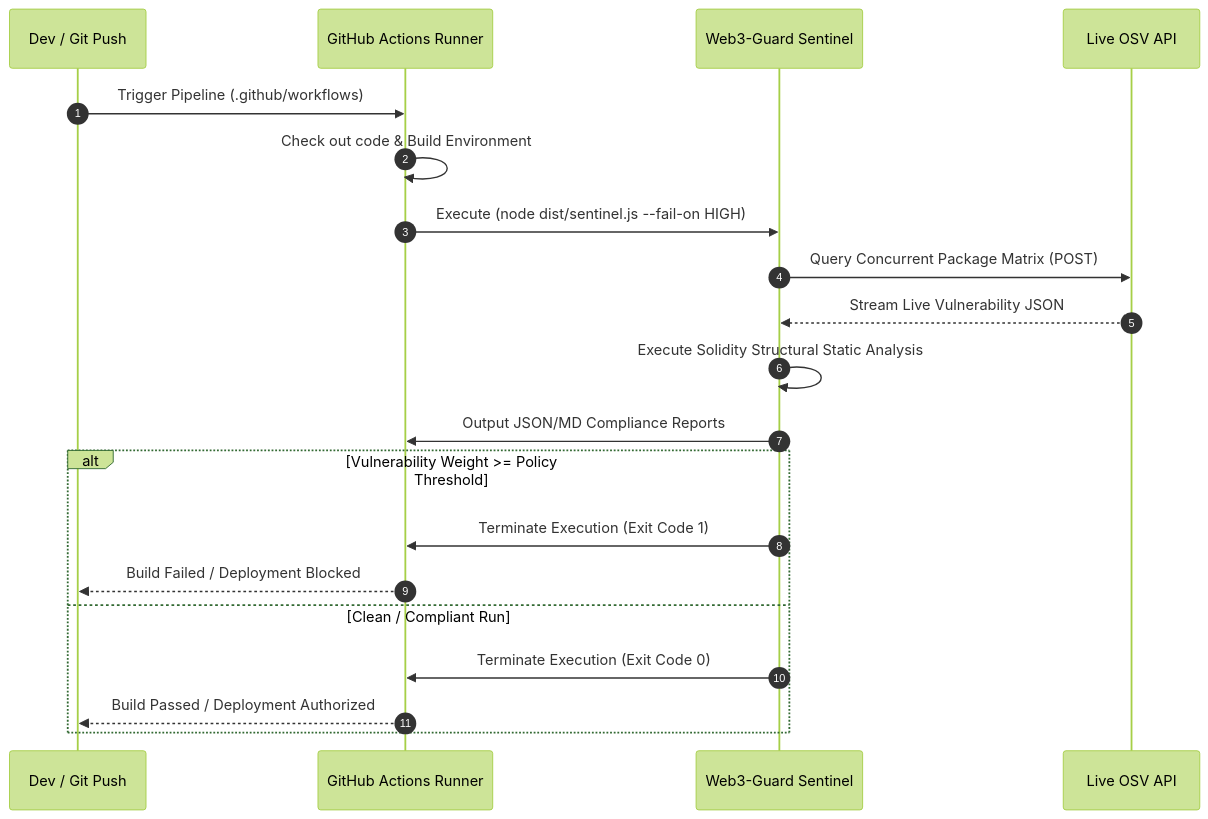
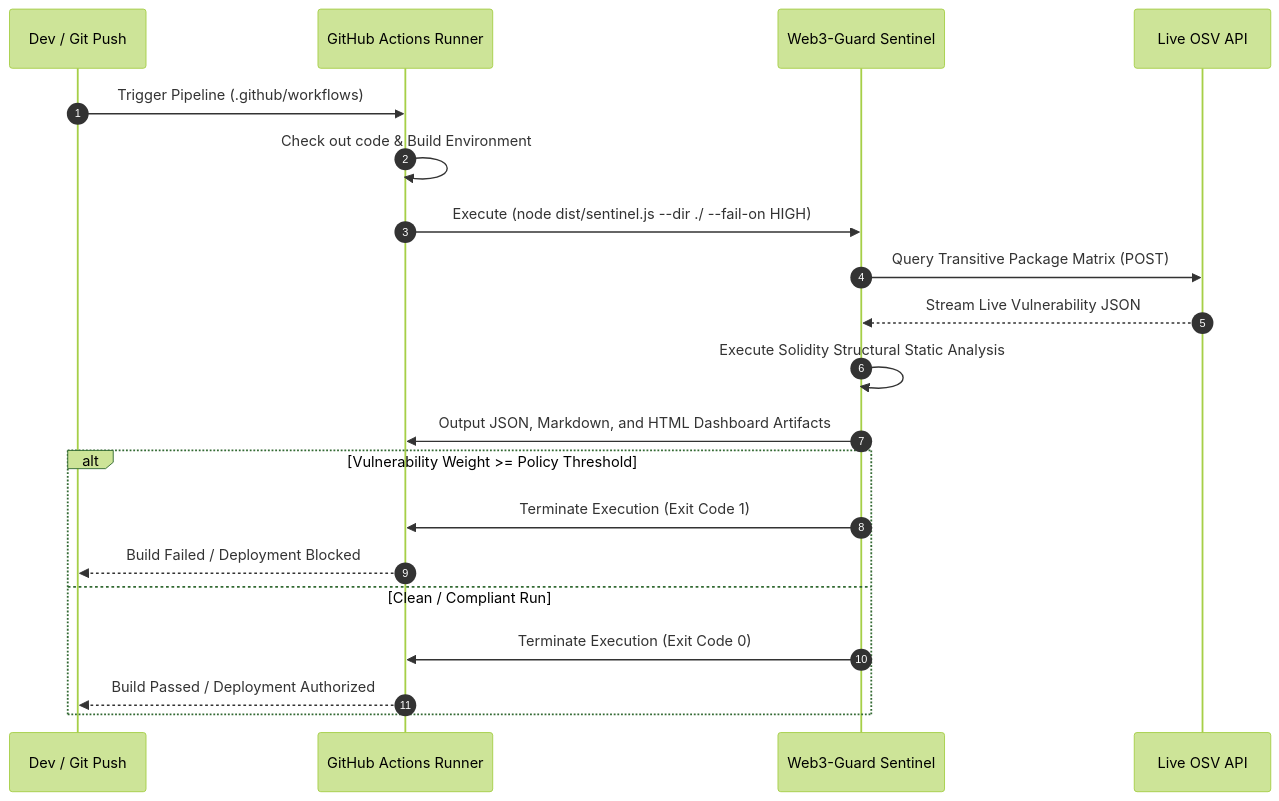
One commit to Kefmat/web3-guard-sentinel changed the second of 2 diagrams in README.md. Above: the diagram before and after it, drawn with Mermaid (forest theme). The commit also changed other lines of this file and 3 other files, not shown here.

Commit message:
Documentation: Update README to specify transitive graph parsing, native CLI flags, and HTML dashboards

````diff
--- a/README.md
+++ b/README.md
@@ -95,23 +97,23 @@
 ```mermaid
 sequenceDiagram
     autonumber
     participant Developer as Dev / Git Push
     participant Runner as GitHub Actions Runner
     participant Tool as Web3-Guard Sentinel
     participant API as Live OSV API
 
     Developer->>Runner: Trigger Pipeline (.github/workflows)
     Runner->>Runner: Check out code & Build Environment
-    Runner->>Tool: Execute (node dist/sentinel.js --fail-on HIGH)
-    Tool->>API: Query Concurrent Package Matrix (POST)
+    Runner->>Tool: Execute (node dist/sentinel.js --dir ./ --fail-on HIGH)
+    Tool->>API: Query Transitive Package Matrix (POST)
     API-->>Tool: Stream Live Vulnerability JSON
     Tool->>Tool: Execute Solidity Structural Static Analysis
-    Tool->>Runner: Output JSON/MD Compliance Reports
+    Tool->>Runner: Output JSON, Markdown, and HTML Dashboard Artifacts
     alt Vulnerability Weight >= Policy Threshold
         Tool->>Runner: Terminate Execution (Exit Code 1)
         Runner-->>Developer: Build Failed / Deployment Blocked
     else Clean / Compliant Run
         Tool->>Runner: Terminate Execution (Exit Code 0)
         Runner-->>Developer: Build Passed / Deployment Authorized
     end
 ```
````
